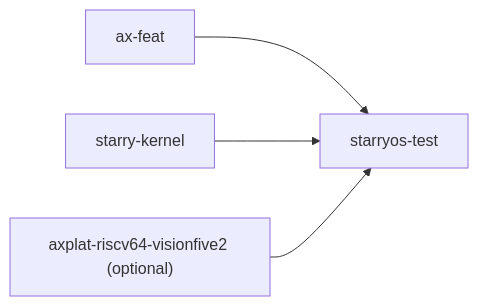
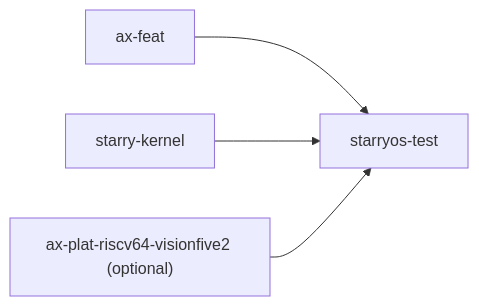
The second of 2 diagrams in docs/docs/components/crates/starryos-test.md (rcore-os/tgoskits), drawn with Mermaid before and after one commit. The commit also changed other lines of this file and 349 other files, not shown here.

First line of the commit message:
Implement platform-specific interrupt handling and setup for various architectures

````diff
--- a/docs/docs/components/crates/starryos-test.md
+++ b/docs/docs/components/crates/starryos-test.md
@@ -104,6 +104,6 @@
 ```mermaid
 graph LR
     ax-feat["ax-feat"] --> test["starryos-test"]
     kernel["starry-kernel"] --> test
-    vf2["axplat-riscv64-visionfive2 (optional)"] --> test
+    vf2["ax-plat-riscv64-visionfive2 (optional)"] --> test
 ```
````
